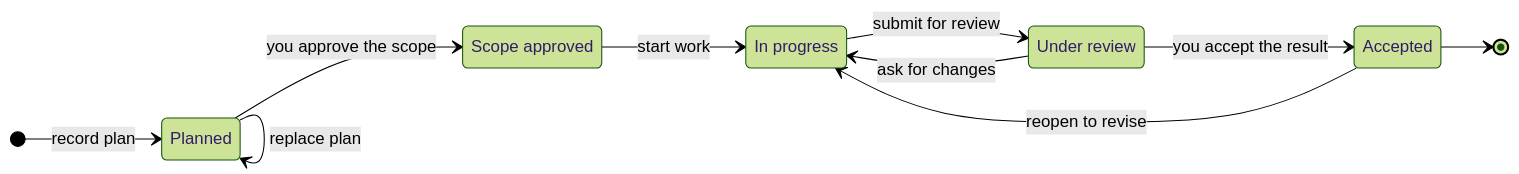
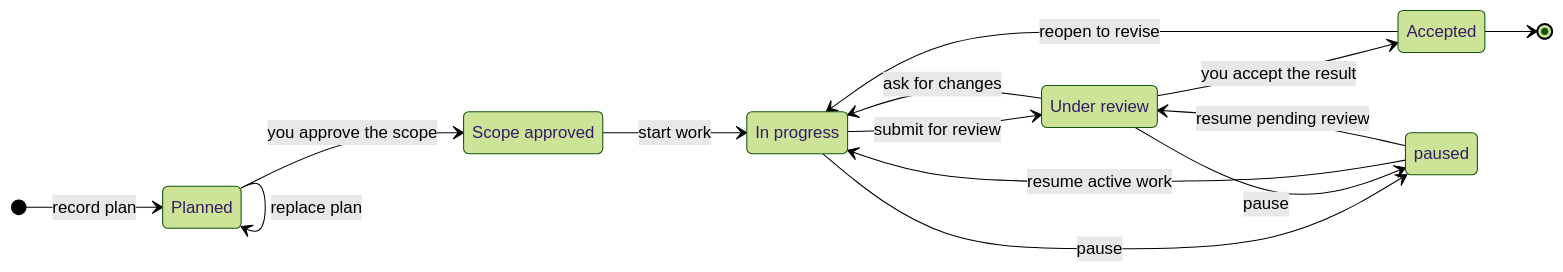
The sixth of 13 diagrams in manual/en/architecture.md (kyungseo/colvia), drawn with Mermaid (forest theme) before and after one commit. The commit also changed other lines of this file and 36 other files, not shown here.

````diff
--- a/manual/en/architecture.md
+++ b/manual/en/architecture.md
@@ -266,19 +266,23 @@
 ```mermaid
 stateDiagram-v2
     direction LR
     state "Planned" as planned
     state "Scope approved" as approved
     state "In progress" as active
     state "Under review" as review
     state "Accepted" as completed
 
     [*] --> planned: record plan
     planned --> planned: replace plan
     planned --> approved: you approve the scope
     approved --> active: start work
     active --> review: submit for review
     review --> completed: you accept the result
     review --> active: ask for changes
     completed --> active: reopen to revise
+    active --> paused: pause
+    review --> paused: pause
+    paused --> active: resume active work
+    paused --> review: resume pending review
     completed --> [*]
 ```
````
